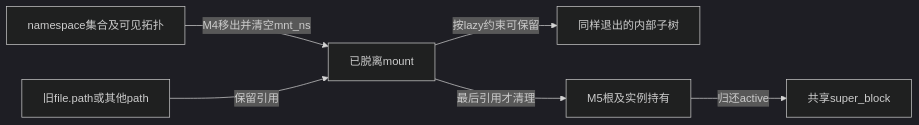
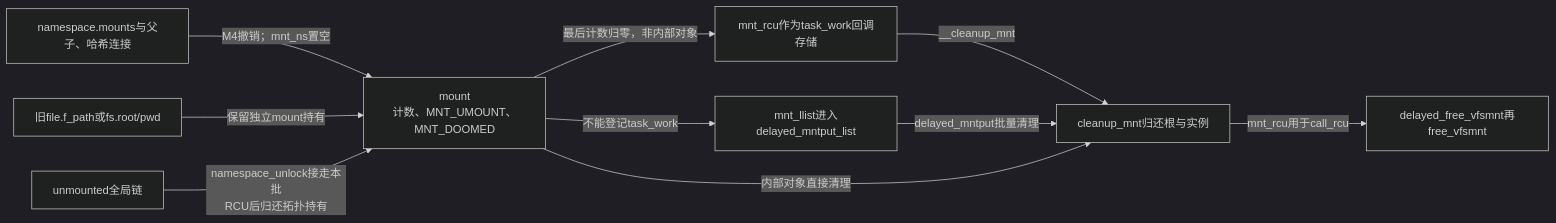
Before and after one commit to FormingSystem/linux_note: the first of 2 diagrams in research/source_reading/vfs/source_explanations/P10_挂载脱离与最后引用退出.md, drawn with Mermaid (dark theme). The commit also changed other lines of this file and 5 other files, not shown here.

First line of the commit message:
content(vfs/mount): 校准挂载视图传播与退出的状态边界

````diff
--- a/research/source_reading/vfs/source_explanations/P10_挂载脱离与最后引用退出.md
+++ b/research/source_reading/vfs/source_explanations/P10_挂载脱离与最后引用退出.md
@@ -261,8 +245,12 @@
 ```mermaid
 flowchart LR
-    ns["namespace集合及可见拓扑"] -->|"M4移出并清空mnt_ns"| detached["已脱离mount"]
-    old["旧file.path或其他path"] -->|"保留引用"| detached
-    detached -->|"按lazy约束可保留"| child["同样退出的内部子树"]
-    detached -->|"最后引用才清理"| cleanup["M5根及实例持有"]
-    cleanup -->|"归还active"| sb["共享super_block"]
+    ns["namespace.mounts与父子、哈希连接"] -->|"M4撤销；mnt_ns置空"| m["mount<br/>计数、MNT_UMOUNT、MNT_DOOMED"]
+    path["旧file.f_path或fs.root/pwd"] -->|"保留独立mount持有"| m
+    pending["unmounted全局链"] -->|"namespace_unlock接走本批<br/>RCU后归还拓扑持有"| m
+    m -->|"最后计数归零，非内部对象"| tw["mnt_rcu作为task_work回调存储"]
+    m -->|"不能登记task_work"| work["mnt_llist进入delayed_mntput_list"]
+    tw -->|"__cleanup_mnt"| clean["cleanup_mnt归还根与实例"]
+    work -->|"delayed_mntput批量清理"| clean
+    m -->|"内部对象直接清理"| clean
+    clean -->|"mnt_rcu用于call_rcu"| free["delayed_free_vfsmnt再free_vfsmnt"]
 ```
````
